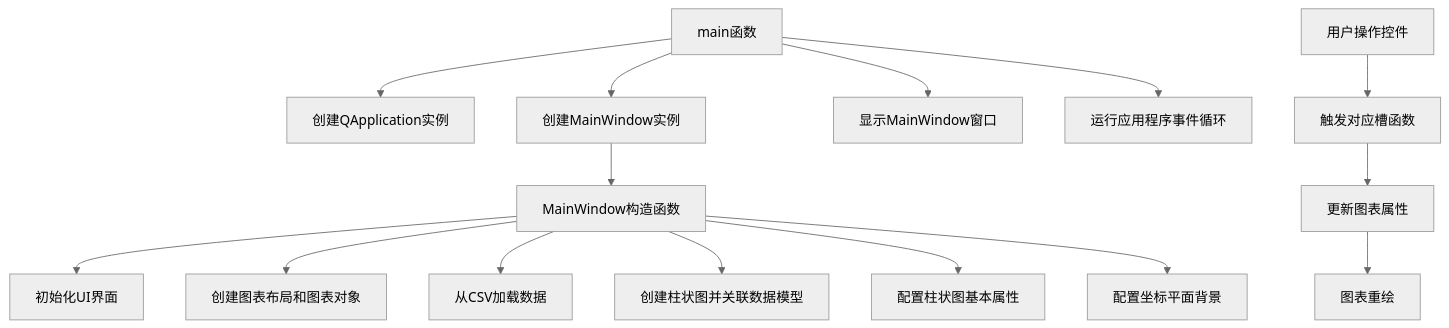
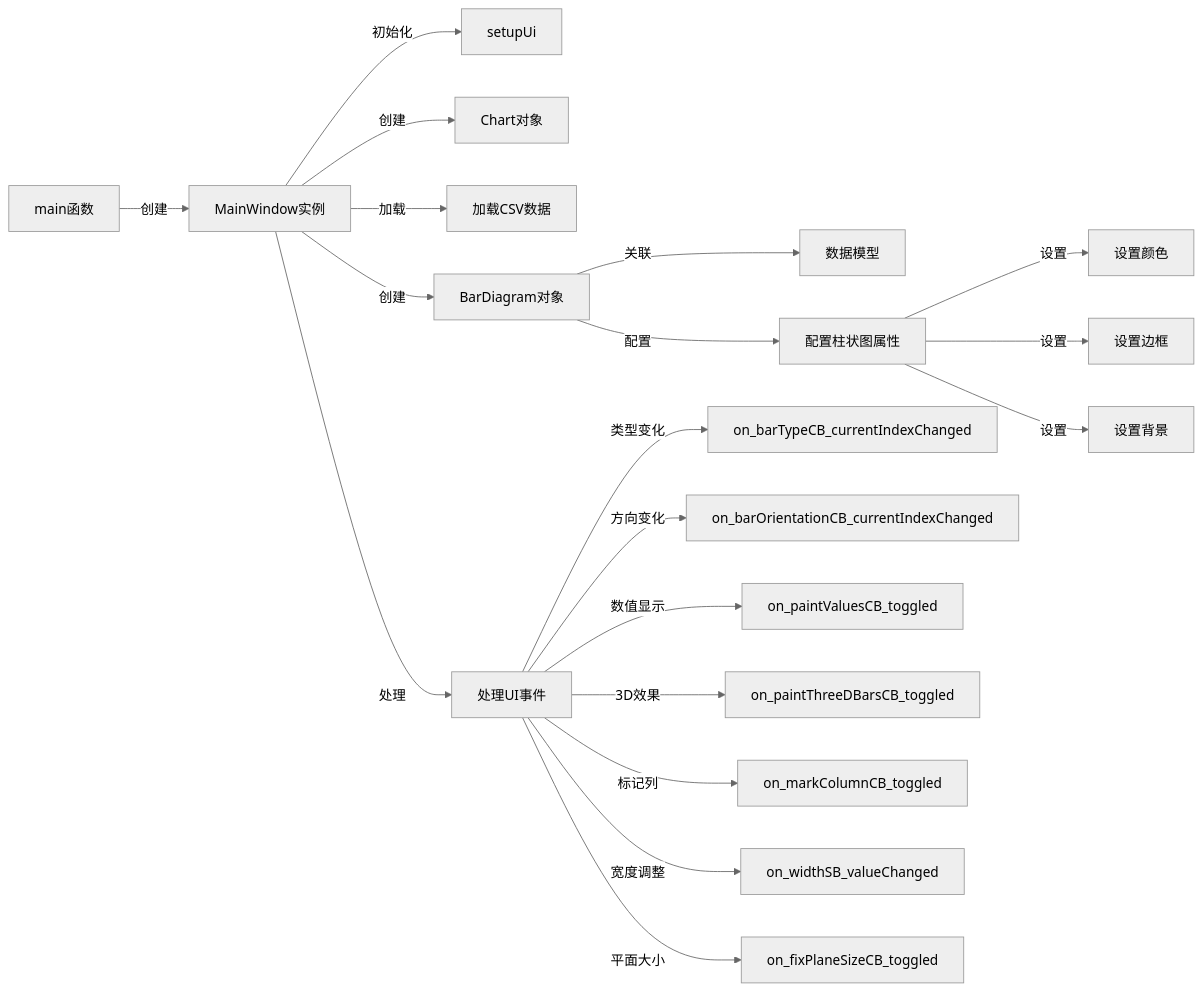
The second of 2 diagrams in examples/Bars/Advanced/README.md (cheng25/KDChart), drawn with Mermaid (neutral theme) before and after one commit. The commit also changed other lines of this file and 49 other files, not shown here.

````diff
--- a/examples/Bars/Advanced/README.md
+++ b/examples/Bars/Advanced/README.md
@@ -63,18 +77,21 @@
 ```mermaid
-graph TD
-    F[main函数]
-    F --> G[创建QApplication实例]
-    F --> H[创建MainWindow实例]
-    H --> I[MainWindow构造函数]
-    I --> J[初始化UI界面]
-    I --> K[创建图表布局和图表对象]
-    I --> L[从CSV加载数据]
-    I --> M[创建柱状图并关联数据模型]
-    I --> N[配置柱状图基本属性]
-    I --> O[配置坐标平面背景]
-    F --> P[显示MainWindow窗口]
-    F --> Q[运行应用程序事件循环]
-    R[用户操作控件] --> S[触发对应槽函数]
-    S --> T[更新图表属性]
-    T --> U[图表重绘]
+graph LR
+    main[main函数] --> |创建| MainWindow[MainWindow实例]
+    MainWindow --> |初始化| setupUi[setupUi]
+    MainWindow --> |创建| Chart[Chart对象]
+    MainWindow --> |加载| loadData[加载CSV数据]
+    MainWindow --> |创建| BarDiagram[BarDiagram对象]
+    BarDiagram --> |关联| Model[数据模型]
+    BarDiagram --> |配置| configBar[配置柱状图属性]
+    configBar --> |设置| setColor[设置颜色]
+    configBar --> |设置| setBorder[设置边框]
+    configBar --> |设置| setBackground[设置背景]
+    MainWindow --> |处理| events[处理UI事件]
+    events --> |类型变化| on_barTypeCB[on_barTypeCB_currentIndexChanged]
+    events --> |方向变化| on_orientationCB[on_barOrientationCB_currentIndexChanged]
+    events --> |数值显示| on_paintValues[on_paintValuesCB_toggled]
+    events --> |3D效果| on_3D[on_paintThreeDBarsCB_toggled]
+    events --> |标记列| on_markColumn[on_markColumnCB_toggled]
+    events --> |宽度调整| on_width[on_widthSB_valueChanged]
+    events --> |平面大小| on_planeSize[on_fixPlaneSizeCB_toggled]
 ```
````
